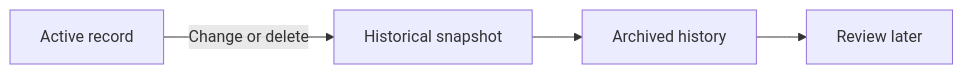
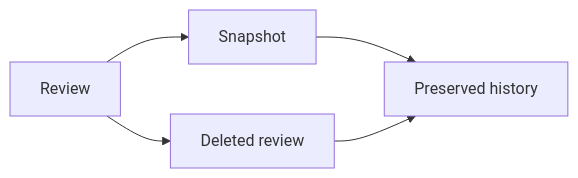
Before and after one commit to wrtnlabs/autobe-examples: diagram 18 of 32 in openai/gpt-5.4-mini/shopping/docs/analysis/02-domain-model.md, drawn with Mermaid. The commit also changed other lines of this file and 9017 other files, not shown here.

````diff
--- a/openai/gpt-5.4-mini/shopping/docs/analysis/02-domain-model.md
+++ b/openai/gpt-5.4-mini/shopping/docs/analysis/02-domain-model.md
@@ -895,6 +654,7 @@
 ```mermaid
 flowchart LR
-    A["Active record"] -->|"Change or delete"| B["Historical snapshot"]
-    B --> C["Archived history"]
-    C --> D["Review later"]
+    A["Review"] --> B["Snapshot"]
+    B --> C["Preserved history"]
+    A --> D["Deleted review"]
+    D --> C
 ```
````
